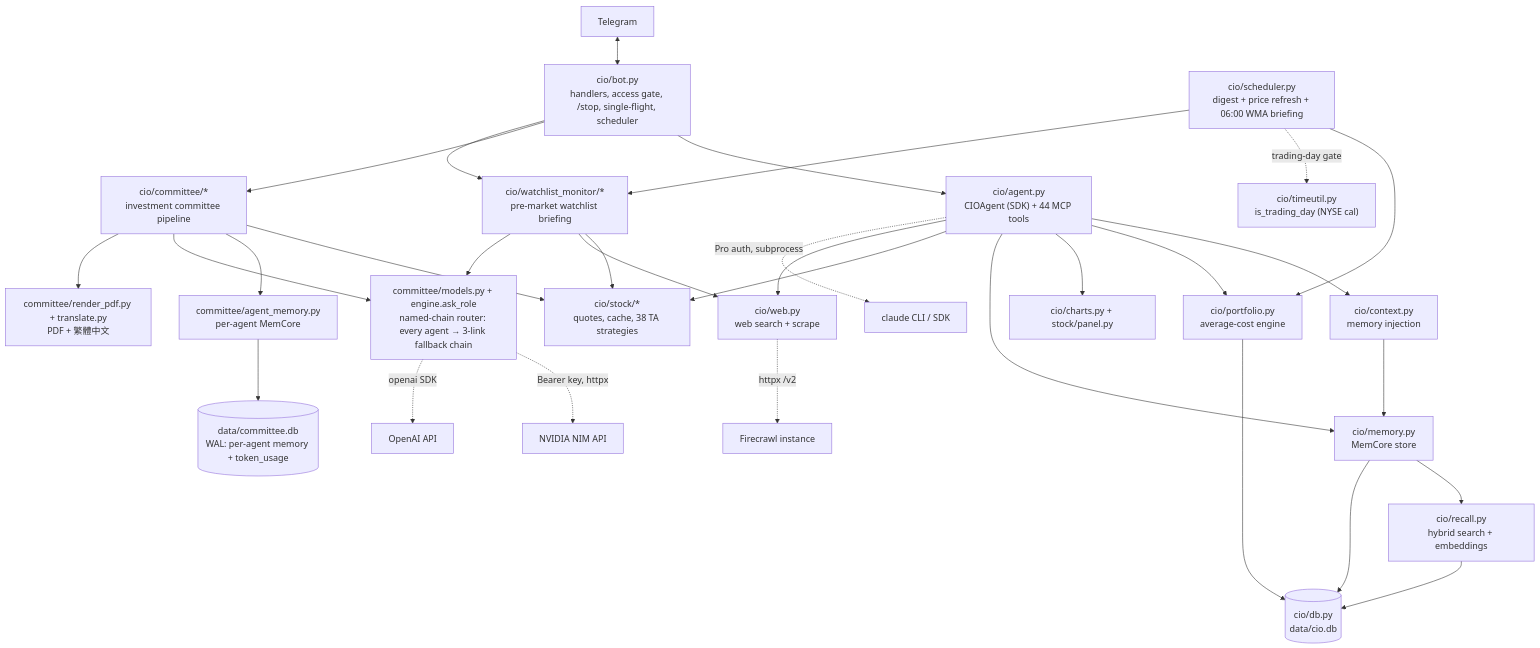
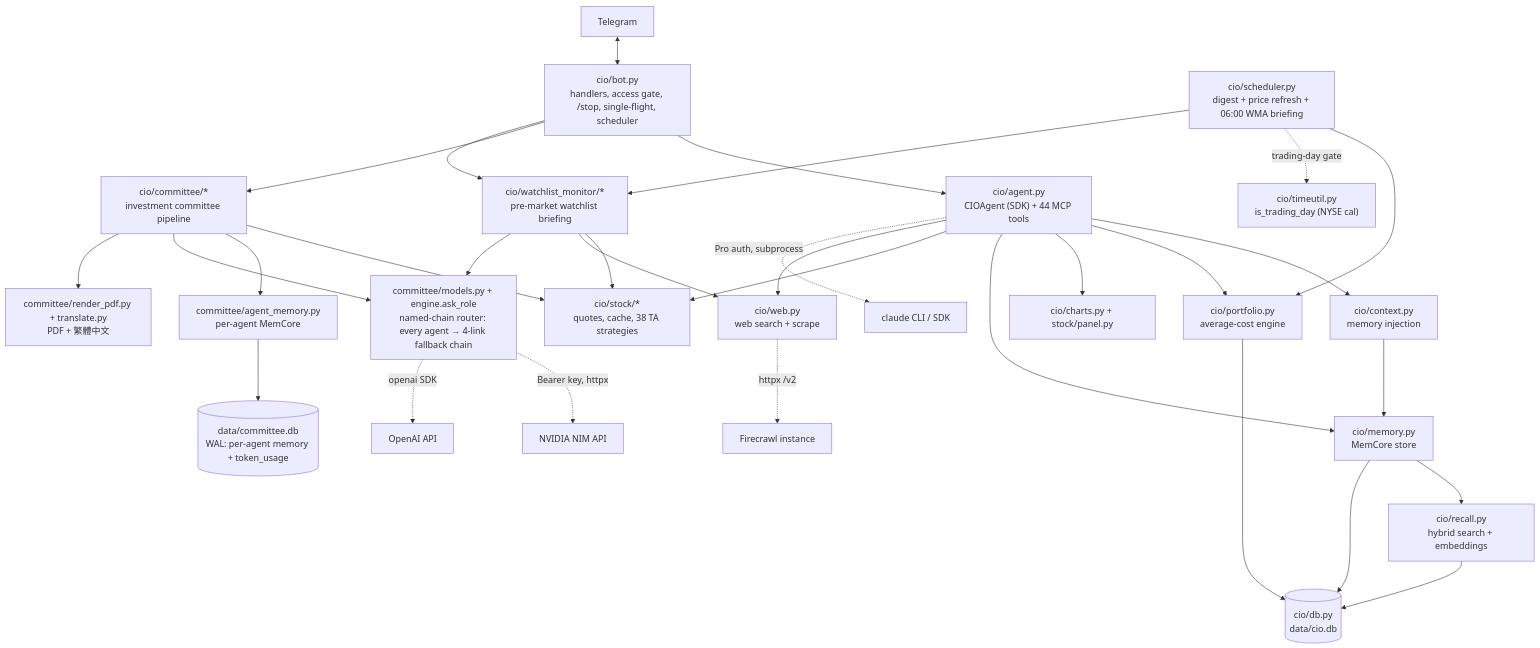
Before and after one commit to cloudaipro/CIOAgent: the first of 6 diagrams in docs/TECHNICAL_REPORT.md, drawn with Mermaid. The commit also changed other lines of this file and 19 other files, not shown here.

````diff
--- a/docs/TECHNICAL_REPORT.md
+++ b/docs/TECHNICAL_REPORT.md
@@ -40,33 +40,33 @@
 ```mermaid
 flowchart TD
     TG["Telegram"] <--> BOT["cio/bot.py<br/>handlers, access gate, /stop, single-flight, scheduler"]
     BOT --> AGENT["cio/agent.py<br/>CIOAgent (SDK) + 44 MCP tools"]
     BOT --> COMM["cio/committee/*<br/>investment committee pipeline"]
     BOT --> WMA["cio/watchlist_monitor/*<br/>pre-market watchlist briefing"]
     AGENT --> CTX["cio/context.py<br/>memory injection"]
     AGENT --> PORT["cio/portfolio.py<br/>average-cost engine"]
     AGENT --> CHARTS["cio/charts.py + stock/panel.py"]
     AGENT --> MEM["cio/memory.py<br/>MemCore store"]
     AGENT --> STK["cio/stock/*<br/>quotes, cache, 38 TA strategies"]
     AGENT --> WEB["cio/web.py<br/>web search + scrape"]
     MEM --> RECALL["cio/recall.py<br/>hybrid search + embeddings"]
     CTX --> MEM
     COMM --> STK
     COMM --> AMEM["committee/agent_memory.py<br/>per-agent MemCore"]
-    COMM --> MODELS["committee/models.py + engine.ask_role<br/>named-chain router: every agent → 3-link fallback chain"]
+    COMM --> MODELS["committee/models.py + engine.ask_role<br/>named-chain router: every agent → 4-link fallback chain"]
     COMM --> PDF["committee/render_pdf.py + translate.py<br/>PDF + 繁體中文"]
     AMEM --> CDB[("data/committee.db<br/>WAL: per-agent memory + token_usage")]
     PORT --> DB[("cio/db.py<br/>data/cio.db")]
     MEM --> DB
     RECALL --> DB
     SCHED["cio/scheduler.py<br/>digest + price refresh + 06:00 WMA briefing"] --> PORT
     SCHED -. "trading-day gate" .-> TU["cio/timeutil.py<br/>is_trading_day (NYSE cal)"]
     SCHED --> WMA
     WMA --> STK
     WMA --> WEB
     WMA --> MODELS
     AGENT -. "Pro auth, subprocess" .-> CLAUDE["claude CLI / SDK"]
     WEB -. "httpx /v2" .-> FC["Firecrawl instance"]
     MODELS -. "Bearer key, httpx" .-> NIM["NVIDIA NIM API"]
     MODELS -. "openai SDK" .-> OAI["OpenAI API"]
 ```
````
